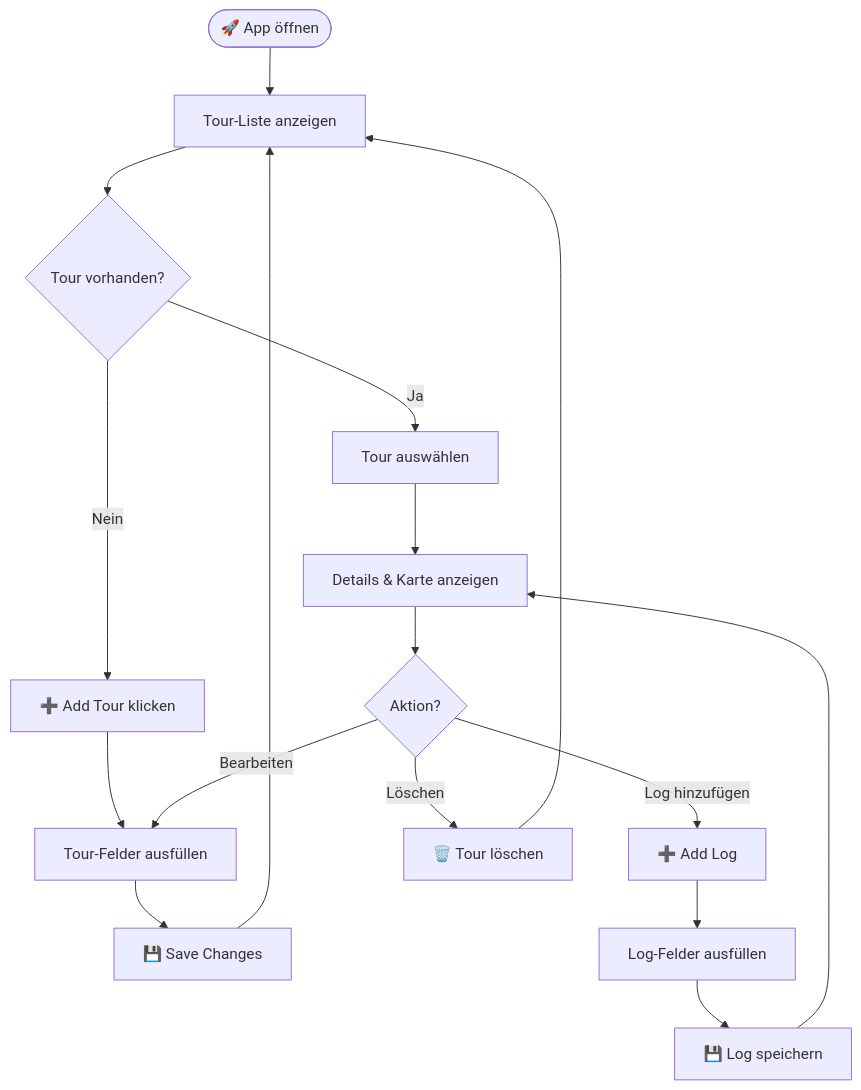
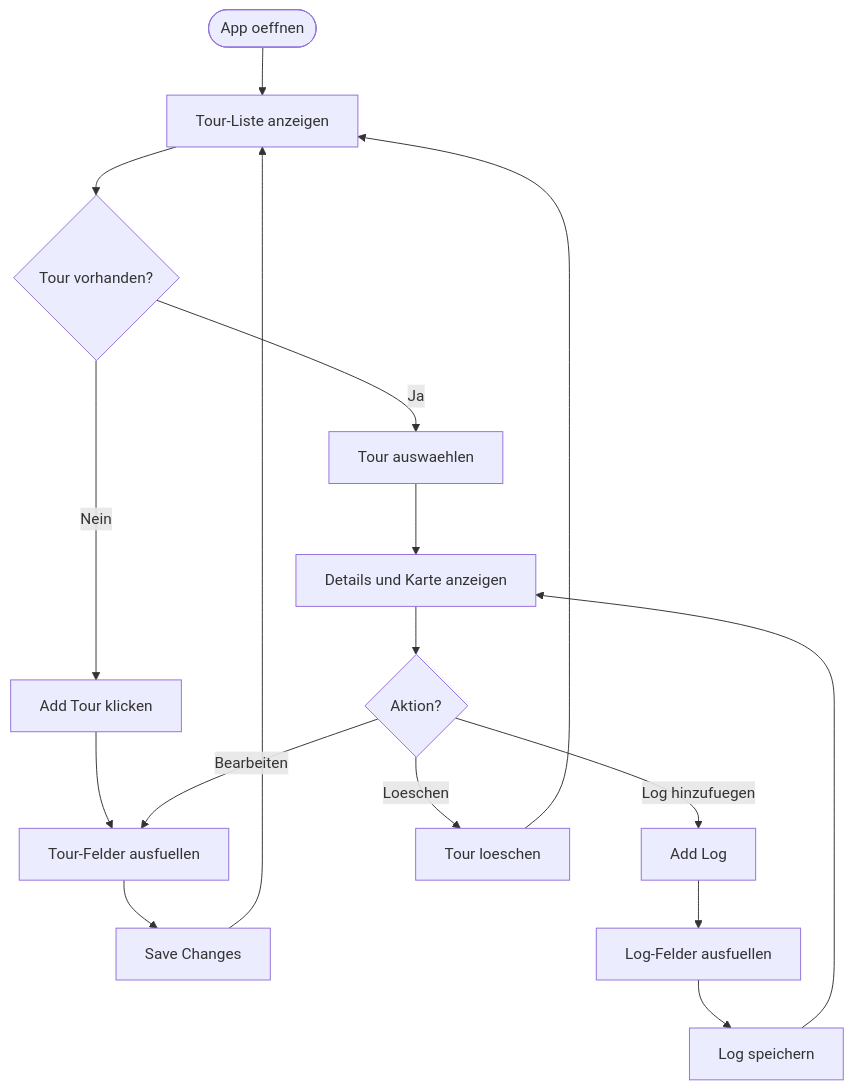
Before and after one commit to cemesisk/Team9: the third of 3 diagrams in README.md, drawn with Mermaid. The commit also changed other lines of this file and 58 other files, not shown here.

````diff
--- a/README.md
+++ b/README.md
@@ -50,19 +94,19 @@
 ```mermaid
 flowchart TD
-    A([🚀 App öffnen]) --> B[Tour-Liste anzeigen]
+    A([App oeffnen]) --> B[Tour-Liste anzeigen]
     B --> C{Tour vorhanden?}
-    C -- Nein --> D[➕ Add Tour klicken]
-    D --> E[Tour-Felder ausfüllen]
-    E --> F[💾 Save Changes]
+    C -- Nein --> D[Add Tour klicken]
+    D --> E[Tour-Felder ausfuellen]
+    E --> F[Save Changes]
     F --> B
-    C -- Ja --> G[Tour auswählen]
-    G --> H[Details & Karte anzeigen]
+    C -- Ja --> G[Tour auswaehlen]
+    G --> H[Details und Karte anzeigen]
     H --> I{Aktion?}
     I -- Bearbeiten --> E
-    I -- Log hinzufügen --> J[➕ Add Log]
-    J --> K[Log-Felder ausfüllen]
-    K --> L[💾 Log speichern]
+    I -- Log hinzufuegen --> J[Add Log]
+    J --> K[Log-Felder ausfuellen]
+    K --> L[Log speichern]
     L --> H
-    I -- Löschen --> M[🗑️ Tour löschen]
+    I -- Loeschen --> M[Tour loeschen]
     M --> B
 ```
````
